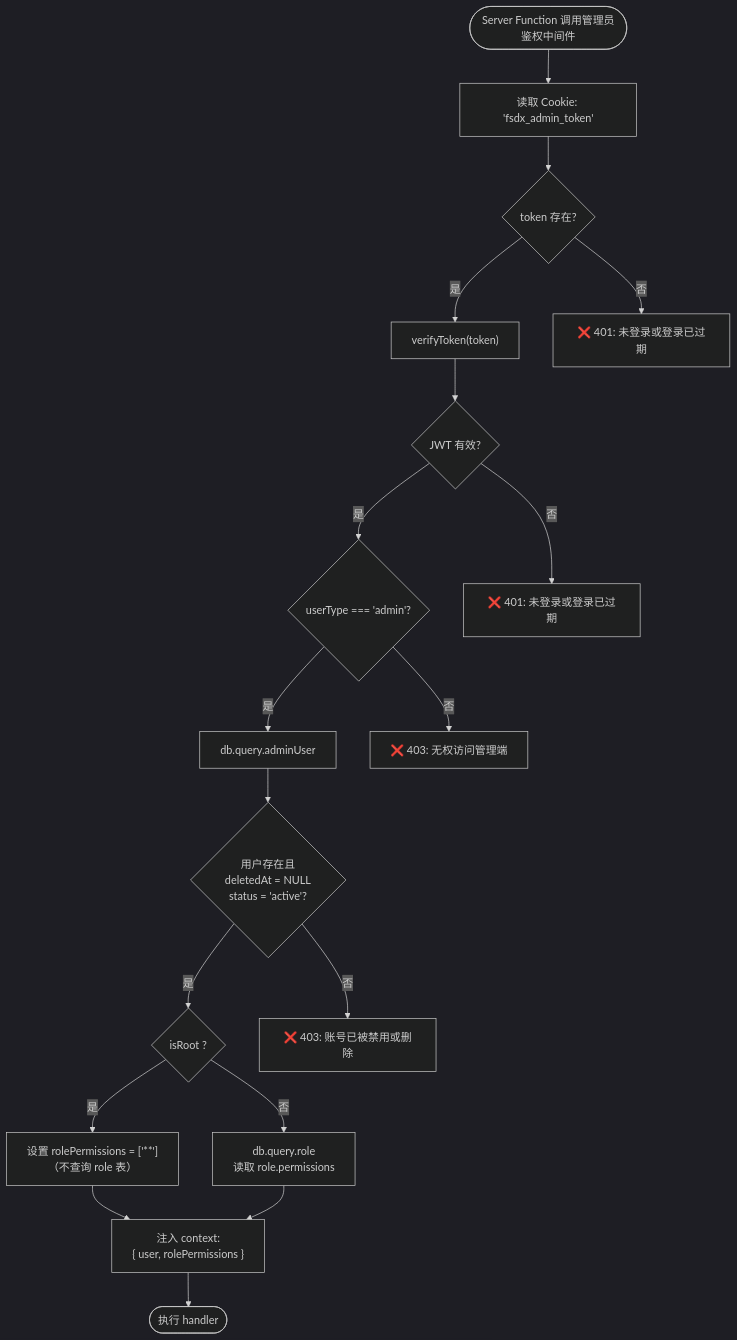
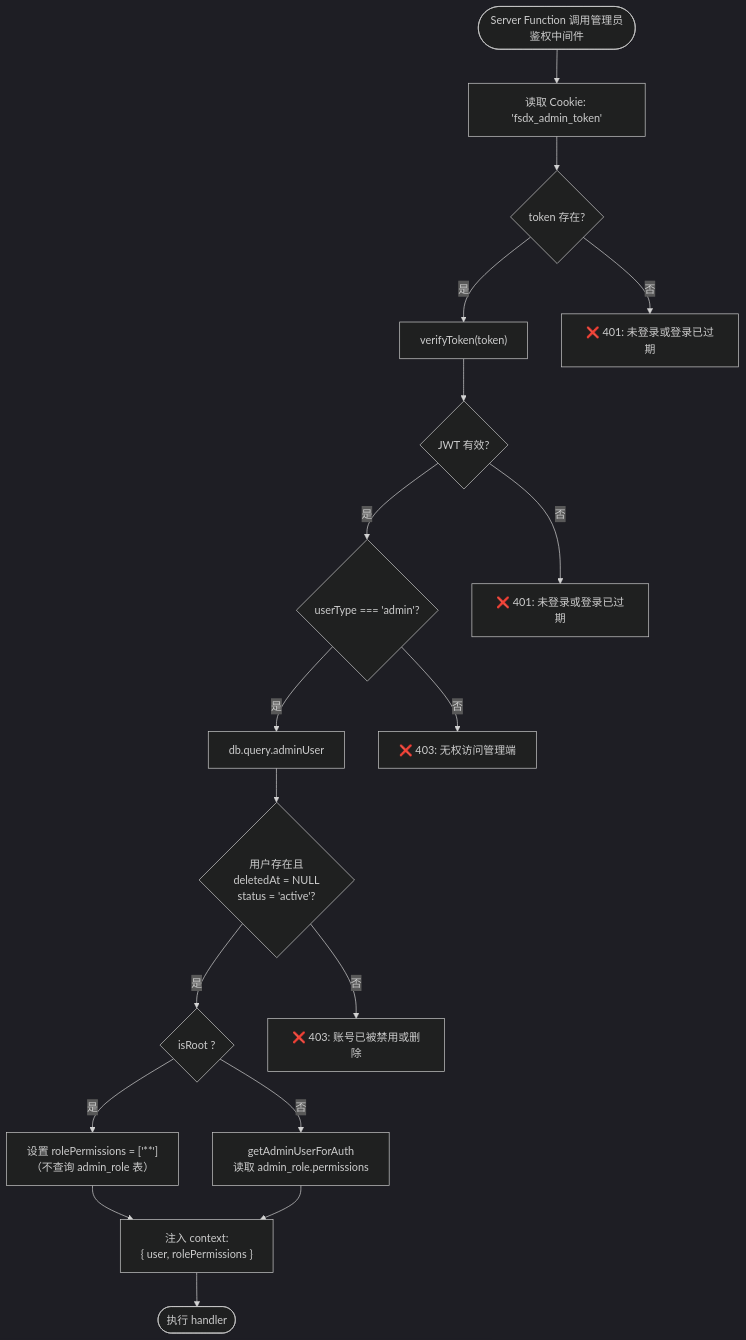
The eighth of 10 diagrams in docs/auth-permission-model.md (easyx-dev/fsdx), drawn with Mermaid (dark theme) before and after one commit. The commit also changed other lines of this file and 11 other files, not shown here.

````diff
--- a/docs/auth-permission-model.md
+++ b/docs/auth-permission-model.md
@@ -379,34 +379,34 @@
 ```mermaid
 flowchart TD
     Start(["Server Function 调用管理员鉴权中间件"])
     GetCookie["读取 Cookie: 'fsdx_admin_token'"]
     CheckToken{"token 存在?"}
     VerifyJWT["verifyToken(token)"]
     CheckJWT{"JWT 有效?"}
     CheckType{"userType === 'admin'?"}
     QueryUser["db.query.adminUser"]
     CheckUser{"用户存在且<br/>deletedAt = NULL<br/>status = 'active'?"}
     CheckRoot{"isRoot ?"}
-    SetAllPerms["设置 rolePermissions = ['**']<br/>（不查询 role 表）"]
-    QueryRole["db.query.role<br/>读取 role.permissions"]
+    SetAllPerms["设置 rolePermissions = ['**']<br/>（不查询 admin_role 表）"]
+    QueryRole["getAdminUserForAuth<br/>读取 admin_role.permissions"]
     InjectContext["注入 context:<br/>{ user, rolePermissions }"]
     Proceed(["执行 handler"])
 
     Start --> GetCookie
     GetCookie --> CheckToken
     CheckToken -->|否| Err401a["❌ 401: 未登录或登录已过期"]
     CheckToken -->|是| VerifyJWT
     VerifyJWT --> CheckJWT
     CheckJWT -->|否| Err401b["❌ 401: 未登录或登录已过期"]
     CheckJWT -->|是| CheckType
     CheckType -->|否| Err403a["❌ 403: 无权访问管理端"]
     CheckType -->|是| QueryUser
     QueryUser --> CheckUser
     CheckUser -->|否| Err403b["❌ 403: 账号已被禁用或删除"]
     CheckUser -->|是| CheckRoot
     CheckRoot -->|是| SetAllPerms
     CheckRoot -->|否| QueryRole
     SetAllPerms --> InjectContext
     QueryRole --> InjectContext
     InjectContext --> Proceed
 ```
````
